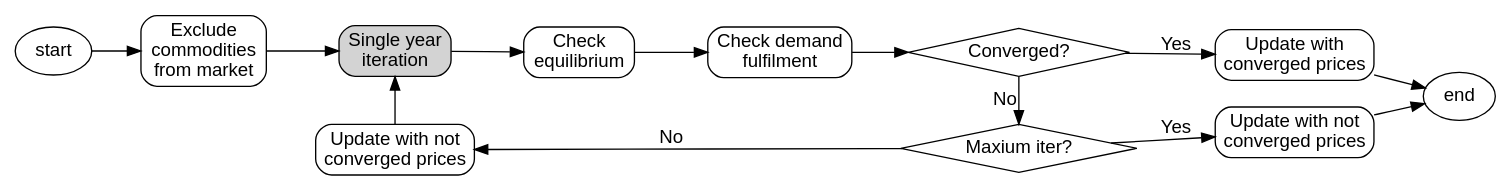
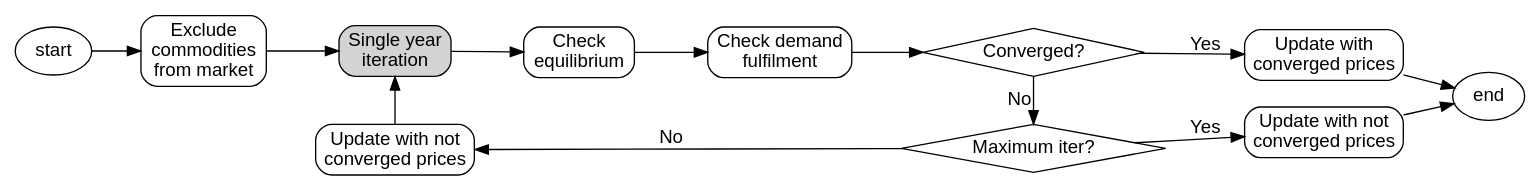
One commit to EnergySystemsModellingLab/MUSE_OS changed the eighth of 12 diagrams in docs/application-flow.rst. Above: the diagram before and after it, drawn with Graphviz. The commit also changed 51 other files, not shown here.

```diff
--- a/docs/application-flow.rst
+++ b/docs/application-flow.rst
@@ -306,34 +306,34 @@
 .. graphviz::
     :align: center
     :alt: Main loop to find the market equilibrium
 
     digraph find_equilibrium {
             fontname="Helvetica,Arial,sans-serif"
             node [fontname="Helvetica,Arial,sans-serif", shape=box, style=rounded]
             edge [fontname="Helvetica,Arial,sans-serif"]
             rankdir=LR
             clusterrank=local
             newrank=true
 
             {node [shape=""]; start; end;}
             exclude [label="Exclude\ncommodities\nfrom market"];
             single_year [label="Single year\niteration", fillcolor="lightgrey", style="rounded,filled"]
-            maxiter [label="Maxium iter?", shape=diamond, style=""]
+            maxiter [label="Maximum iter?", shape=diamond, style=""]
             converged [label="Converged?", shape=diamond, style=""]
             prices [label="Update with\nconverged prices"]
             {node [label="Update with not\nconverged prices"]; prices1; prices2;}
             check_demand [label="Check demand\nfulfilment"]
             equilibrium [label="Check\nequilibrium"]
 
             start -> exclude -> single_year -> equilibrium -> check_demand -> converged
             converged -> prices [label="Yes"]
             prices -> end
             converged -> maxiter [label="No"]
             maxiter -> prices2 [label="No"]
             maxiter -> prices1 [label="Yes"]
             prices1 -> end
             prices2 -> single_year [constraint=false]
             {rank=same; prices2; single_year}
             {rank=same; maxiter; converged;}
             {rank=same; prices1; prices;}
         }
```
